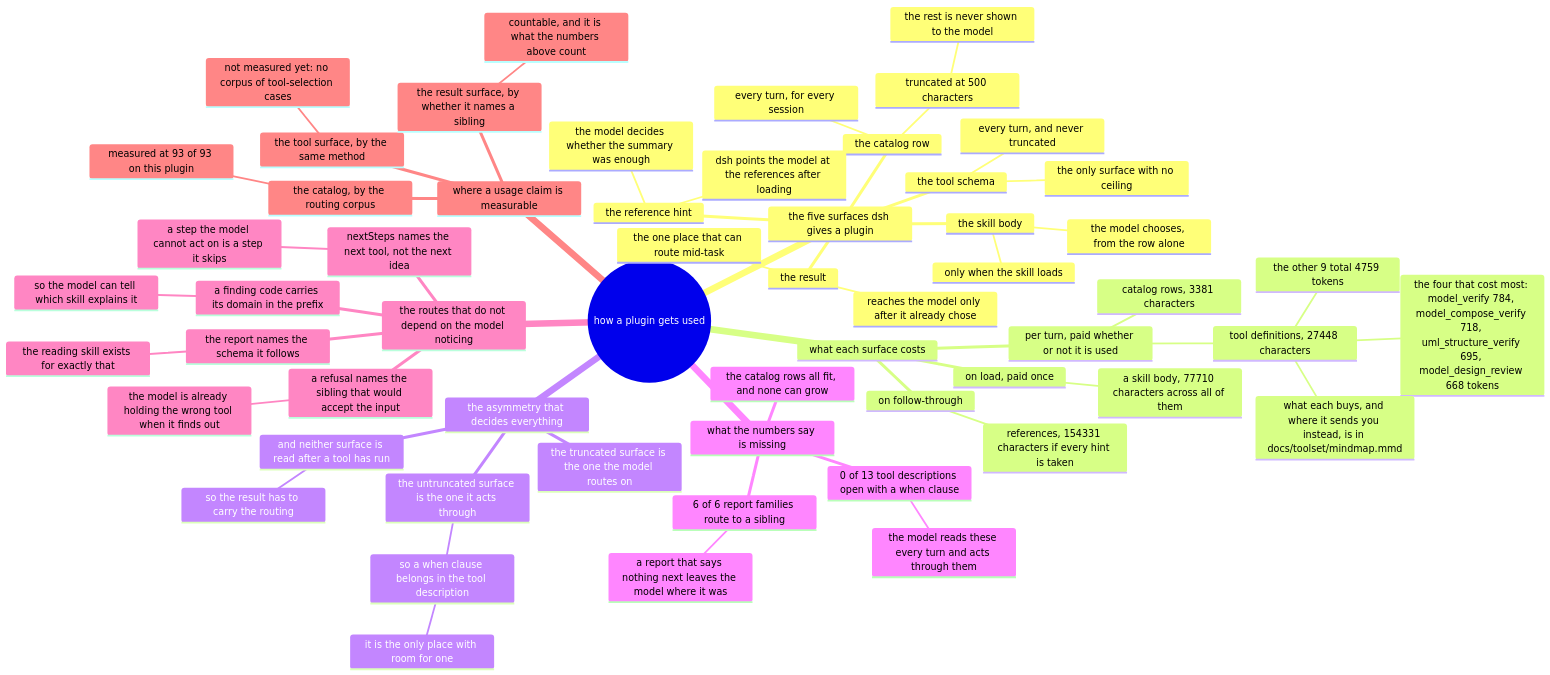
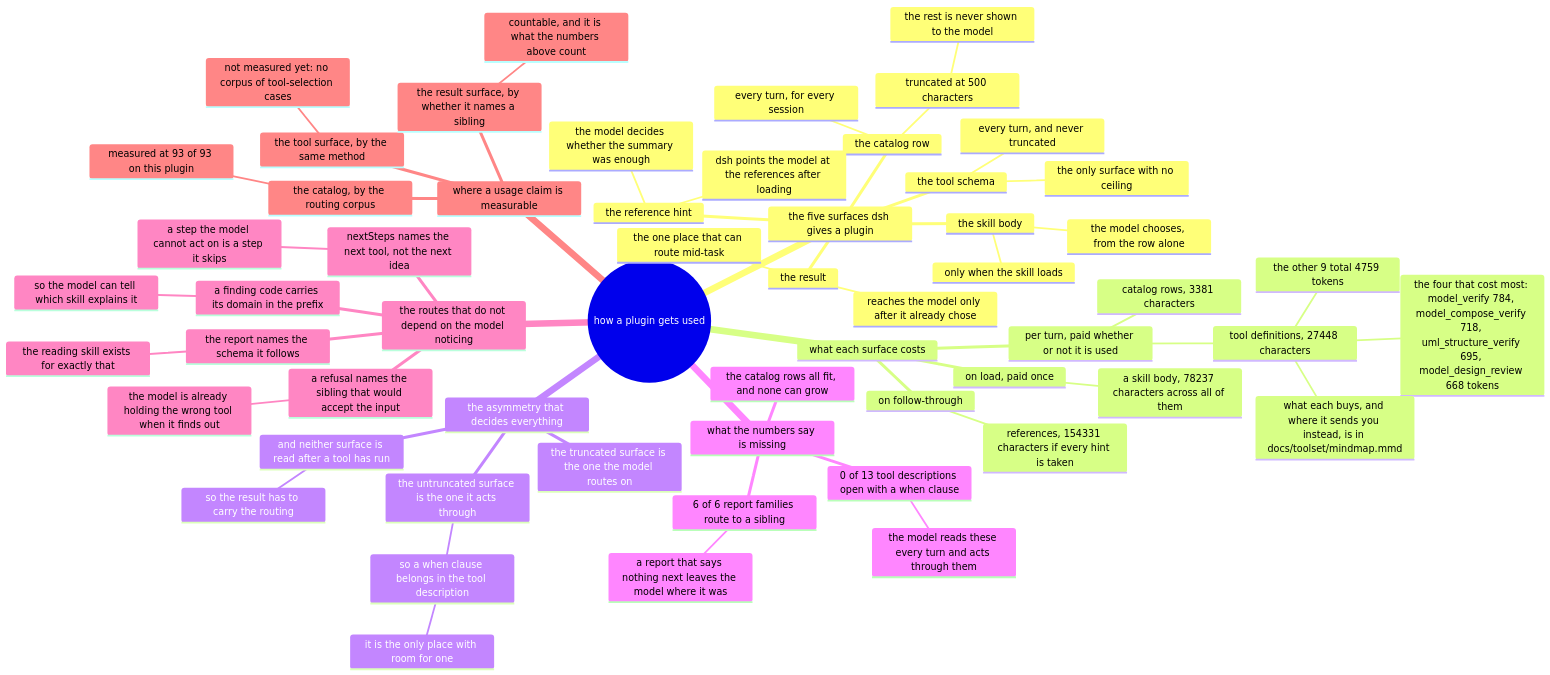
Before and after one commit to AmethystLuna/dsh-model-everything: the diagram in docs/usage/mindmap.mmd, drawn with Mermaid. The commit also changed 11 other files, not shown here.

```diff
--- a/docs/usage/mindmap.mmd
+++ b/docs/usage/mindmap.mmd
@@ -1,59 +1,59 @@
 mindmap
 root((how a plugin gets used))
   the five surfaces dsh gives a plugin
     the catalog row
       every turn, for every session
       truncated at 500 characters
         the rest is never shown to the model
     the skill body
       only when the skill loads
       the model chooses, from the row alone
     the reference hint
       dsh points the model at the references after loading
       the model decides whether the summary was enough
     the tool schema
       every turn, and never truncated
       the only surface with no ceiling
     the result
       reaches the model only after it already chose
       the one place that can route mid-task
   what each surface costs
     per turn, paid whether or not it is used
       catalog rows, 3381 characters
       tool definitions, 27448 characters
         the four that cost most: model_verify 784, model_compose_verify 718, uml_structure_verify 695, model_design_review 668 tokens
         the other 9 total 4759 tokens
         what each buys, and where it sends you instead, is in docs/toolset/mindmap.mmd
     on load, paid once
-      a skill body, 77710 characters across all of them
+      a skill body, 78237 characters across all of them
     on follow-through
       references, 154331 characters if every hint is taken
   the asymmetry that decides everything
     the truncated surface is the one the model routes on
     the untruncated surface is the one it acts through
       so a when clause belongs in the tool description
         it is the only place with room for one
     and neither surface is read after a tool has run
       so the result has to carry the routing
   what the numbers say is missing
     0 of 13 tool descriptions open with a when clause
       the model reads these every turn and acts through them
     6 of 6 report families route to a sibling
       a report that says nothing next leaves the model where it was
     the catalog rows all fit, and none can grow
   the routes that do not depend on the model noticing
     a refusal names the sibling that would accept the input
       the model is already holding the wrong tool when it finds out
     nextSteps names the next tool, not the next idea
       a step the model cannot act on is a step it skips
     a finding code carries its domain in the prefix
       so the model can tell which skill explains it
     the report names the schema it follows
       the reading skill exists for exactly that
   where a usage claim is measurable
     the catalog, by the routing corpus
       measured at 93 of 93 on this plugin
     the tool surface, by the same method
       not measured yet: no corpus of tool-selection cases
     the result surface, by whether it names a sibling
       countable, and it is what the numbers above count
```
